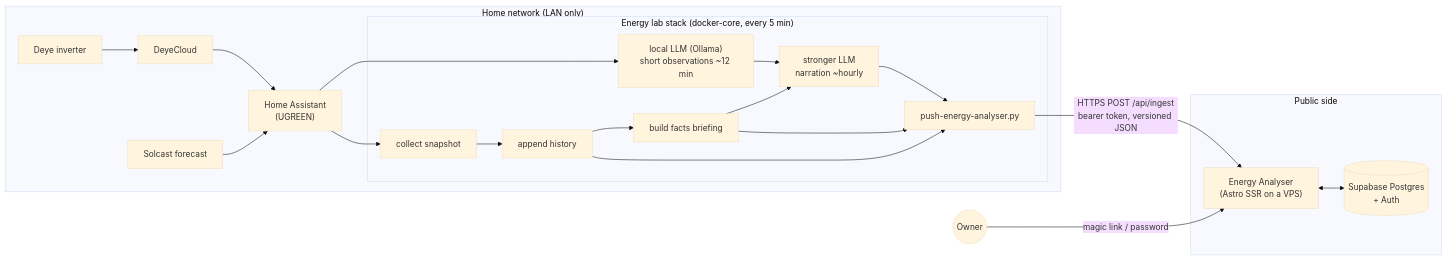
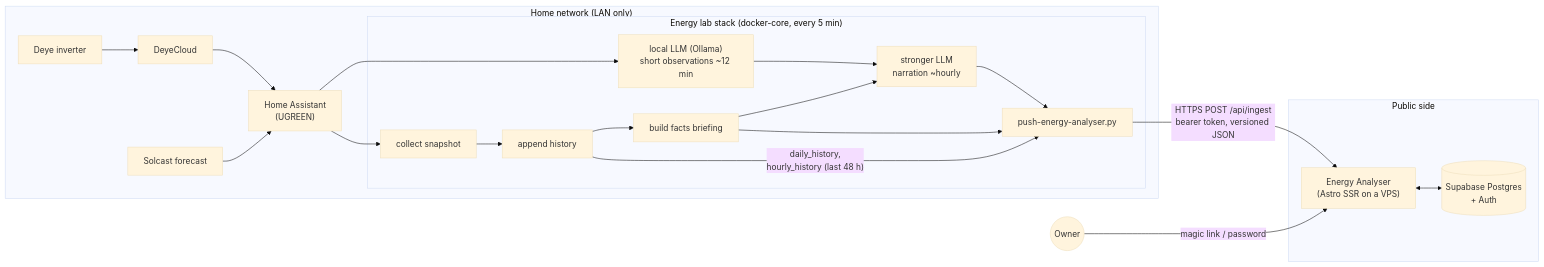
The diagram in docs/architecture.md (titusandronicu/energy-analyser), drawn with Mermaid (base theme) before and after one commit. The commit also changed other lines of this file and 11 other files, not shown here.

````diff
--- a/docs/architecture.md
+++ b/docs/architecture.md
@@ -11,25 +11,25 @@
 ```mermaid
 flowchart LR
   subgraph Home["Home network (LAN only)"]
     Deye[Deye inverter] --> DC[DeyeCloud]
     HA["Home Assistant<br/>(UGREEN)"]
     DC --> HA
     Solcast[Solcast forecast] --> HA
     subgraph Lab["Energy lab stack (docker-core, every 5 min)"]
       Snap[collect snapshot] --> Hist[append history]
       Hist --> Brief[build facts briefing]
       Micro["local LLM (Ollama)<br/>short observations ~12 min"] --> Adv
       Brief --> Adv["stronger LLM<br/>narration ~hourly"]
       Adv --> Push[push-energy-analyser.py]
       Brief --> Push
-      Hist --> Push
+      Hist -- "daily_history,<br/>hourly_history (last 48 h)" --> Push
     end
     HA --> Snap
     HA --> Micro
   end
   Push -- "HTTPS POST /api/ingest<br/>bearer token, versioned JSON" --> App
   subgraph Cloud["Public side"]
     App["Energy Analyser<br/>(Astro SSR on a VPS)"] <--> DB[(Supabase Postgres<br/>+ Auth)]
   end
   Owner((Owner)) -- "magic link / password" --> App
 ```
````
